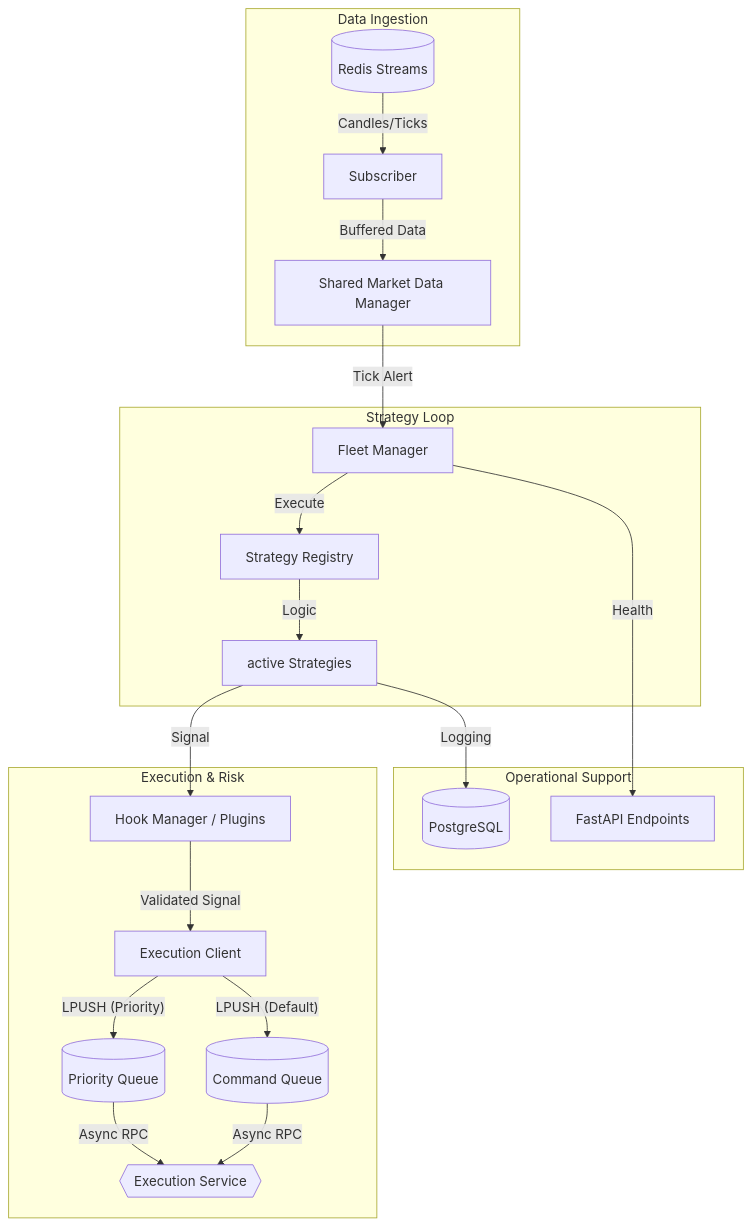
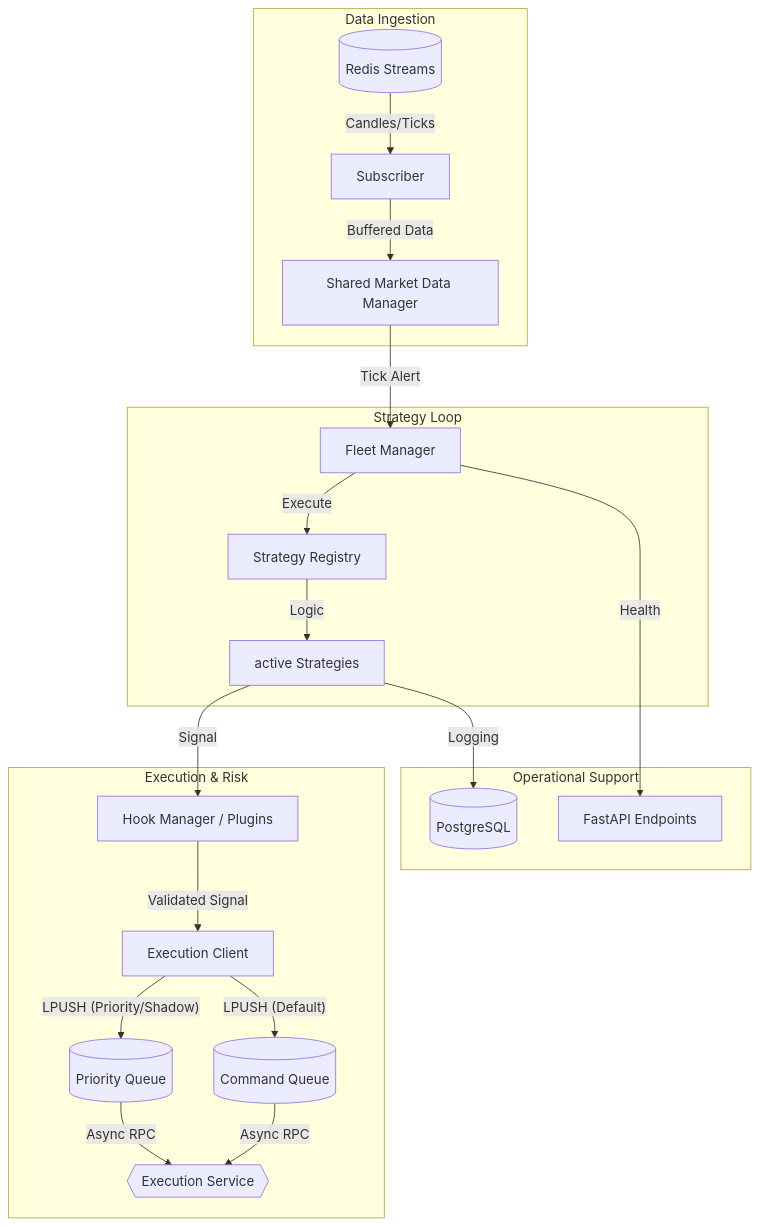
Before and after one commit to damrongsak/mtf-trading-system: the diagram in services/strategy-core/README.md, drawn with Mermaid. The commit also changed other lines of this file and 29 other files, not shown here.

````diff
--- a/services/strategy-core/README.md
+++ b/services/strategy-core/README.md
@@ -9,26 +9,26 @@
 ```mermaid
 graph TD
     subgraph DataIngestion["Data Ingestion"]
         RS[(Redis Streams)] --> |"Candles/Ticks"| SU[Subscriber]
         SU --> |"Buffered Data"| SMDM[Shared Market Data Manager]
     end
 
     subgraph StrategyLoop["Strategy Loop"]
         SMDM --> |"Tick Alert"| FM[Fleet Manager]
         FM --> |"Execute"| SR[Strategy Registry]
         SR --> |"Logic"| STR[active Strategies]
     end
 
     subgraph ExecutionFlow["Execution & Risk"]
         STR --> |"Signal"| HM[Hook Manager / Plugins]
         HM --> |"Validated Signal"| EC[Execution Client]
-        EC --> |"LPUSH (Priority)"| PQ[(Priority Queue)]
+        EC --> |"LPUSH (Priority/Shadow)"| PQ[(Priority Queue)]
         EC --> |"LPUSH (Default)"| DQ[(Command Queue)]
         PQ & DQ --> |"Async RPC"| EXS{{Execution Service}}
     end
 
     subgraph Monitoring["Operational Support"]
         STR --> |"Logging"| DB[(PostgreSQL)]
         FM --> |"Health"| API[FastAPI Endpoints]
     end
 ```
````
